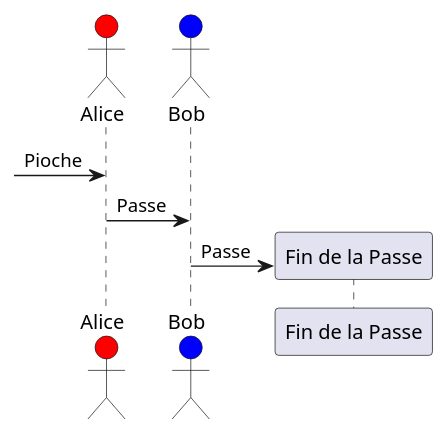
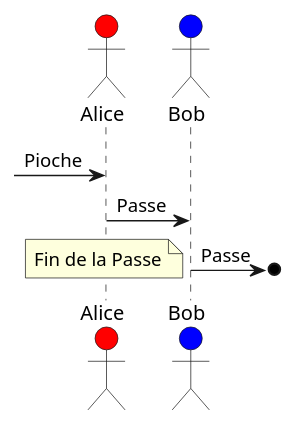
One commit to de-dale/wiki changed the second of 7 diagrams in sphérier/référence/phases-de-jeu/combat.md. Above: the diagram before and after it, drawn with PlantUML. The commit also changed other lines of this file, not shown here.

````diff
--- a/sphérier/référence/phases-de-jeu/combat.md
+++ b/sphérier/référence/phases-de-jeu/combat.md
@@ -141,8 +141,9 @@
 ```plantuml
 actor Alice #red
 actor Bob #blue
 [-> Alice: Pioche
 
 Alice -> Bob : Passe
-Bob -> "Fin de la Passe" ** : Passe
+Bob ->o] : Passe
+note right : Fin de la Passe
 ```
````
